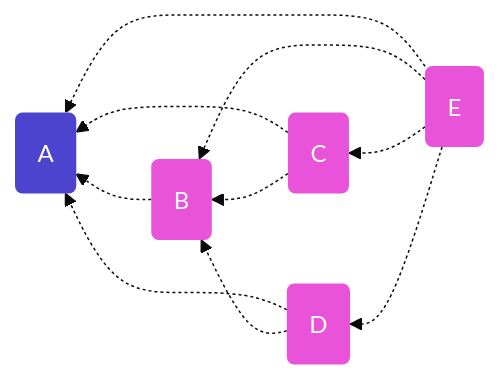
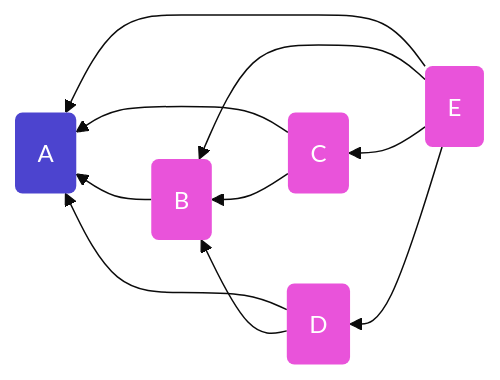
Before and after one commit to ssbc/sips: the fifth of 7 diagrams in 009.md, drawn with Mermaid (base theme). The commit also changed other lines of this file, not shown here.

Commit message:
tangles - make arrows consistent

````diff
--- a/009.md
+++ b/009.md
@@ -236,21 +236,21 @@
 ```mermaid
 flowchart RL
 A(A):::root;B(B);E(E);C(C);D(D);
 
-B-.->A
+B-->A
 
-C-.->A
-C-.->B
+C-->A
+C-->B
 
-D-.->A
-D-.->B
+D-->A
+D-->B
 
-E-.->A
-E-.->B
-E-.->C
-E-.->D
+E-->A
+E-->B
+E-->C
+E-->D
 
 %% styling
 classDef default fill: #e953da, stroke-width: 0, color: white
 classDef root fill: #4c44cf, stroke-width: 0, color: white
 ```
````
